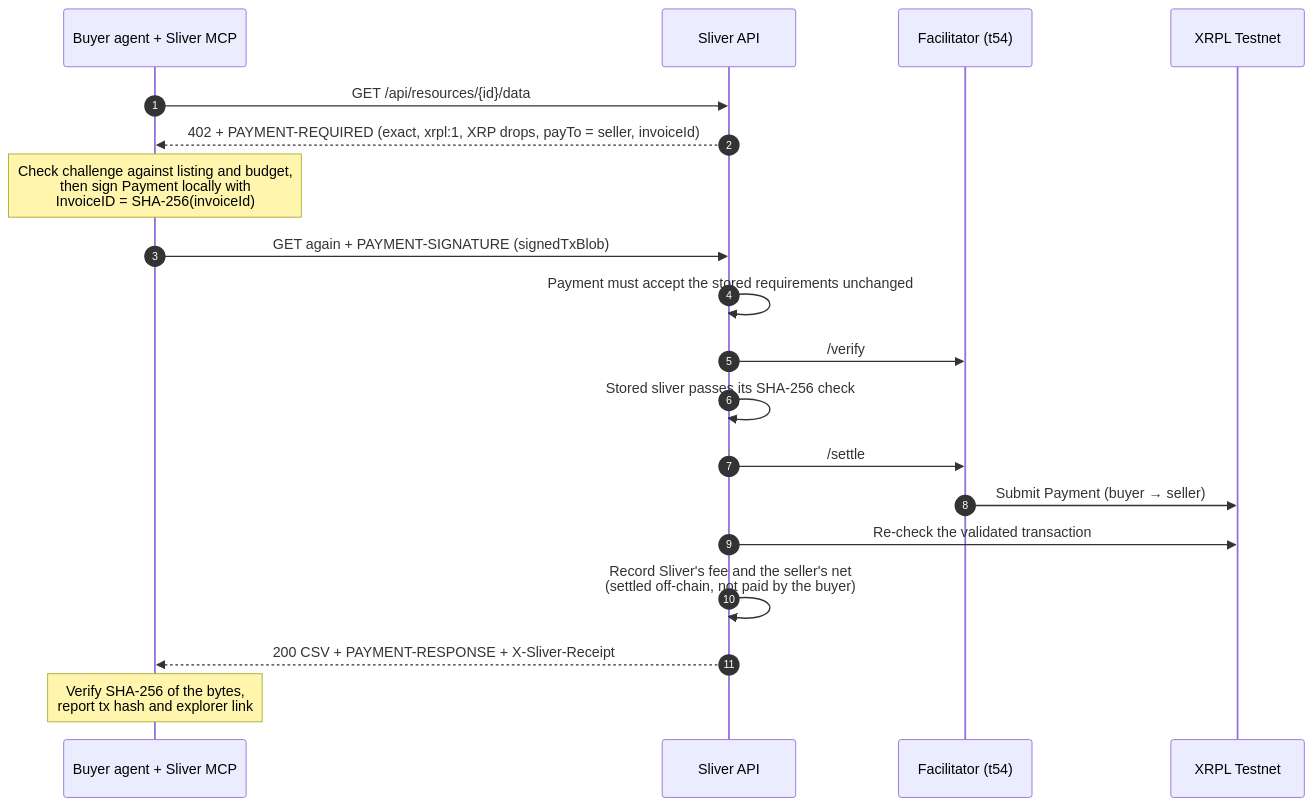
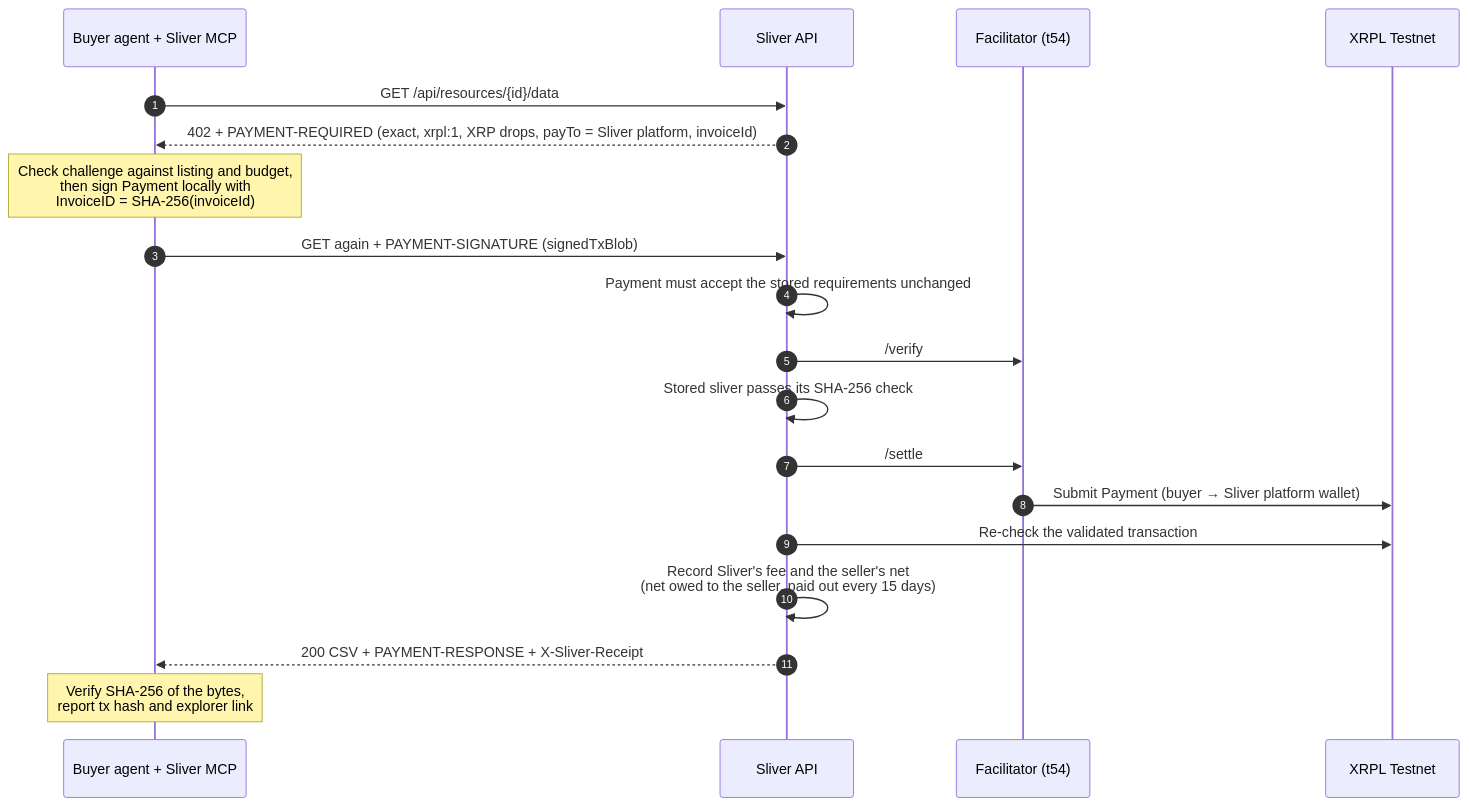
Before and after one commit to LAIN-21/sliver: the second of 2 diagrams in README.md, drawn with Mermaid. The commit also changed other lines of this file and 40 other files, not shown here.

First line of the commit message:
Sliver collects sales and pays sellers every 15 days (#38)

````diff
--- a/README.md
+++ b/README.md
@@ -134,21 +134,21 @@
 ```mermaid
 sequenceDiagram
   autonumber
   participant A as Buyer agent + Sliver MCP
   participant S as Sliver API
   participant F as Facilitator (t54)
   participant L as XRPL Testnet
   A->>S: GET /api/resources/{id}/data
-  S-->>A: 402 + PAYMENT-REQUIRED (exact, xrpl:1, XRP drops, payTo = seller, invoiceId)
+  S-->>A: 402 + PAYMENT-REQUIRED (exact, xrpl:1, XRP drops, payTo = Sliver platform, invoiceId)
   Note over A: Check challenge against listing and budget,<br/>then sign Payment locally with<br/>InvoiceID = SHA-256(invoiceId)
   A->>S: GET again + PAYMENT-SIGNATURE (signedTxBlob)
   S->>S: Payment must accept the stored requirements unchanged
   S->>F: /verify
   S->>S: Stored sliver passes its SHA-256 check
   S->>F: /settle
-  F->>L: Submit Payment (buyer → seller)
+  F->>L: Submit Payment (buyer → Sliver platform wallet)
   S->>L: Re-check the validated transaction
-  S->>S: Record Sliver's fee and the seller's net<br/>(settled off-chain, not paid by the buyer)
+  S->>S: Record Sliver's fee and the seller's net<br/>(net owed to the seller, paid out every 15 days)
   S-->>A: 200 CSV + PAYMENT-RESPONSE + X-Sliver-Receipt
   Note over A: Verify SHA-256 of the bytes,<br/>report tx hash and explorer link
 ```
````
